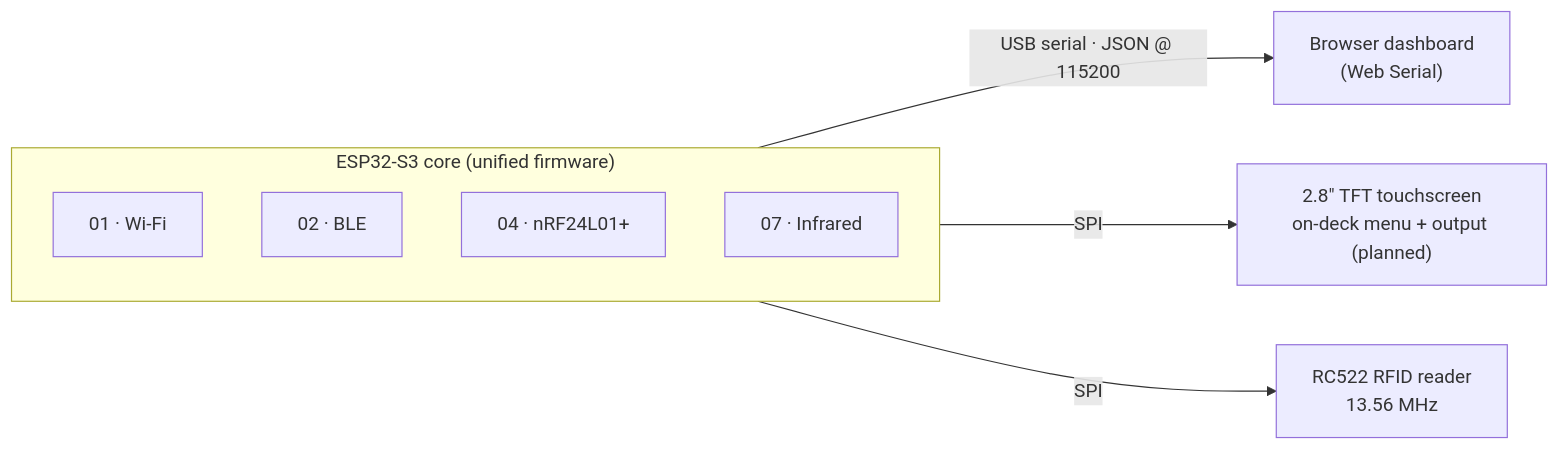
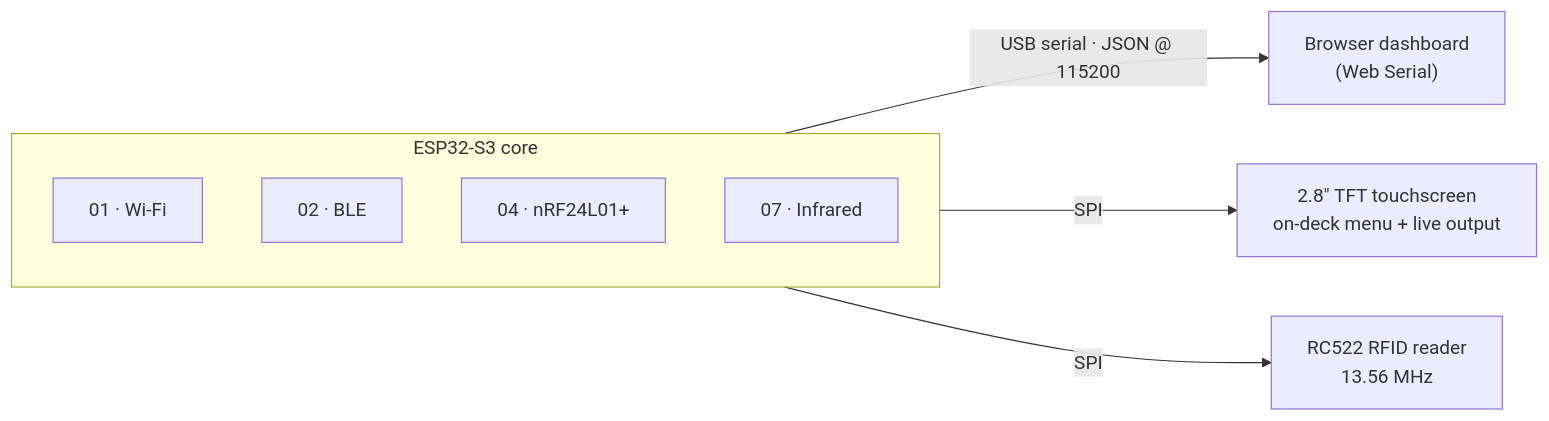
One commit to 0xjyotir/cyberdeck-esp32s3 changed the diagram in README.md. Above: the diagram before and after it, drawn with Mermaid. The commit also changed other lines of this file and 4 other files, not shown here.

First line of the commit message:
feat: add integrated cyberdeck firmware (on-deck TFT UI) as the main firmware

````diff
--- a/README.md
+++ b/README.md
@@ -34,12 +34,12 @@
 ```mermaid
 flowchart LR
-    subgraph Deck["ESP32-S3 core (unified firmware)"]
+    subgraph Deck["ESP32-S3 core"]
         WIFI["01 · Wi-Fi"]
         BLE["02 · BLE"]
         NRF["04 · nRF24L01+"]
         IR["07 · Infrared"]
     end
     Deck -- "USB serial · JSON @ 115200" --> DASH["Browser dashboard<br/>(Web Serial)"]
-    Deck -- "SPI" --> TFT["2.8#quot; TFT touchscreen<br/>on-deck menu + output (planned)"]
+    Deck -- "SPI" --> TFT["2.8#quot; TFT touchscreen<br/>on-deck menu + live output"]
     Deck -- "SPI" --> RFID["RC522 RFID reader<br/>13.56 MHz"]
 ```
````
